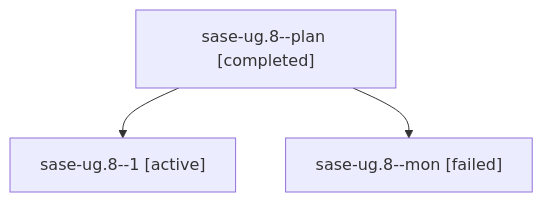
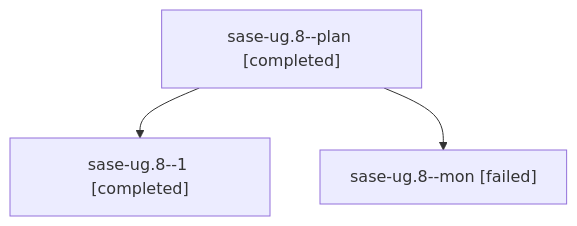
Before and after one commit to sase-org/sase--agents: the diagram in families/bbugyi200.athena.sase-ug.8.md, drawn with Mermaid. The commit also changed other lines of this file and 89 other files, not shown here.

````diff
--- a/families/bbugyi200.athena.sase-ug.8.md
+++ b/families/bbugyi200.athena.sase-ug.8.md
@@ -9,8 +9,8 @@
 ```mermaid
 flowchart TD
   n0["sase-ug.8--plan [completed]"]
-  n1["sase-ug.8--1 [active]"]
+  n1["sase-ug.8--1 [completed]"]
   n0 --> n1
   n2["sase-ug.8--mon [failed]"]
   n0 --> n2
 ```
````
